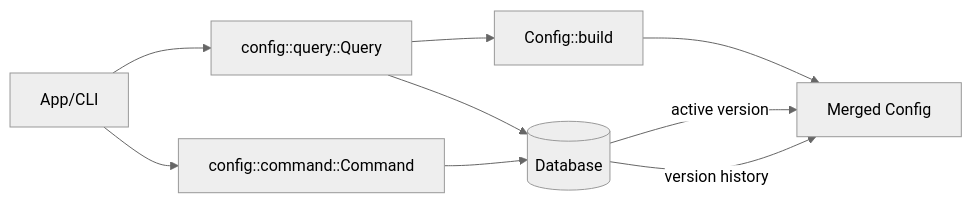
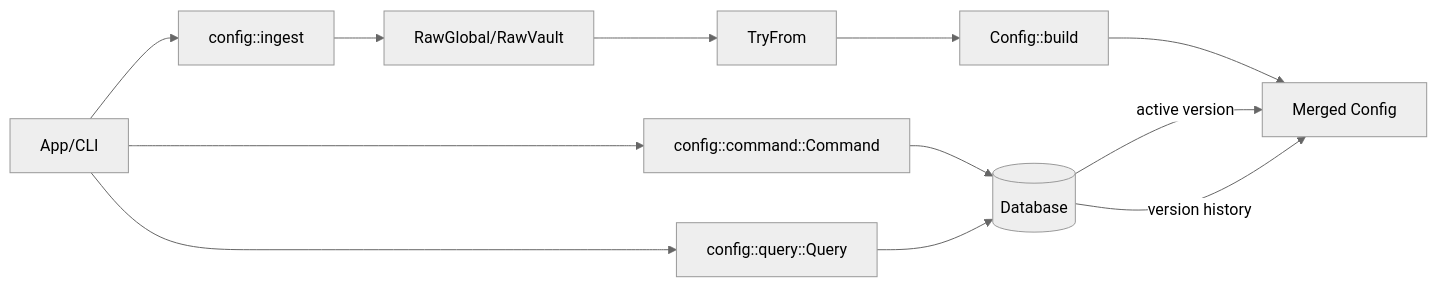
One commit to JackMatanky/lithos changed the first of 2 diagrams in docs/design/001-config-models.md. Above: the diagram before and after it, drawn with Mermaid (neutral theme). The commit also changed other lines of this file and 2 other files, not shown here.

Commit message:
docs(design): align config specs with ingest boundary

````diff
--- a/docs/design/001-config-models.md
+++ b/docs/design/001-config-models.md
@@ -135,12 +135,15 @@
 ```mermaid
 flowchart LR
-  Caller[App/CLI] --> Qry[config::query::Query]
+  Caller[App/CLI] --> Ingest[config::ingest]
+  Ingest --> Raw[RawGlobal/RawVault]
+  Raw --> Domain[TryFrom<Raw*>]
+  Domain --> Agg[Config::build]
+  Agg --> Merged[Merged Config]
   Caller --> Cmd[config::command::Command]
-  Qry --> Agg[Config::build]
-  Agg --> Merged[Merged Config]
+  Caller --> Qry[config::query::Query]
   Cmd --> Store[(Database)]
   Qry --> Store
 
   Store -->|active version| Merged
   Store -->|version history| Merged
 ```
````
